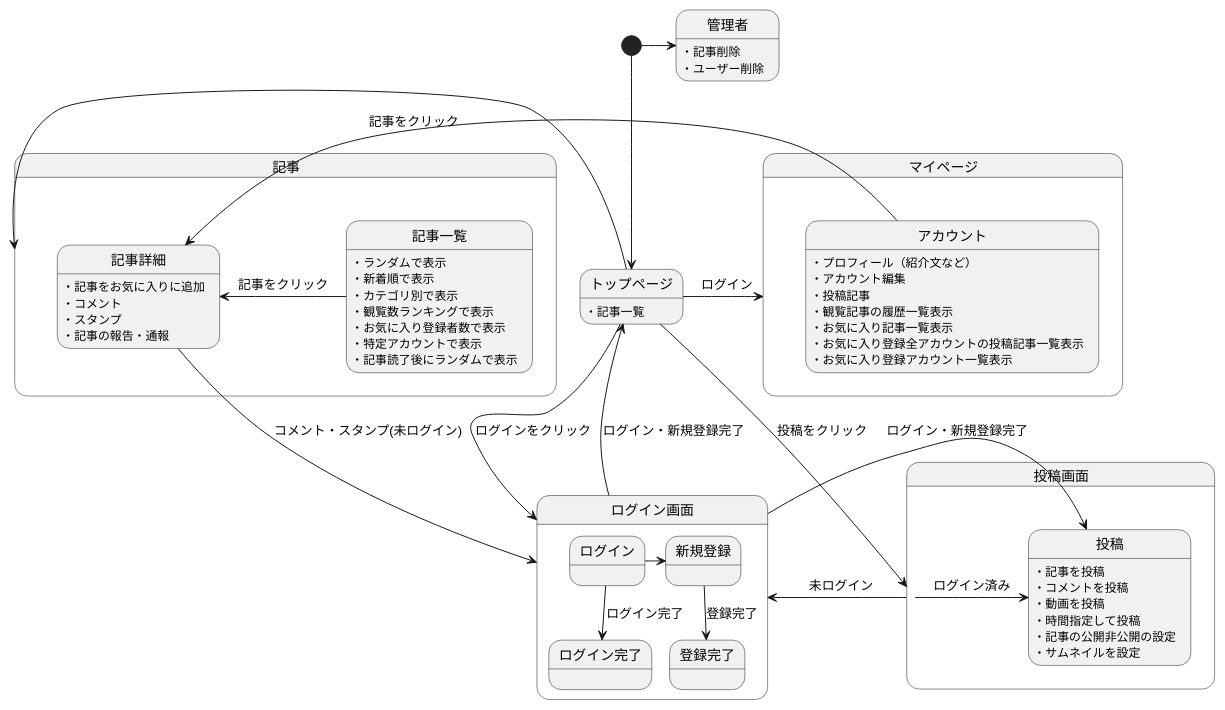
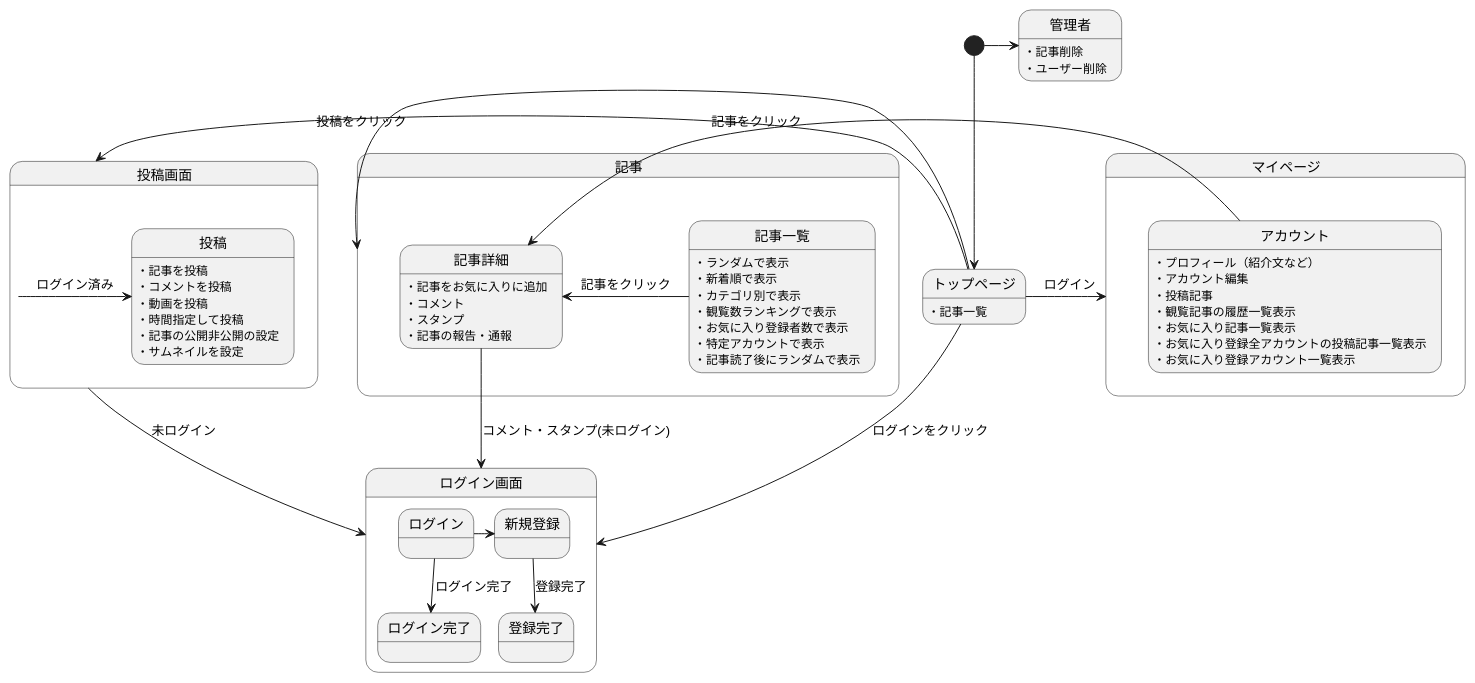
One commit to Aso2001001/2022System changed the diagram in 後期画面遷移.md. Above: the diagram before and after it, drawn with PlantUML.

````diff
--- a/後期画面遷移.md
+++ b/後期画面遷移.md
@@ -1,76 +1,74 @@
 ```uml
 @startuml
 [*] --> トップページ
 
 
 トップページ -> 記事
 トップページ -left-> マイページ :ログイン
 トップページ -> 投稿画面 : 投稿をクリック
 
 トップページ:・記事一覧
 
 トップページ -down-> ログイン画面 : ログインをクリック
 
-ログイン画面 -> トップページ : ログイン・新規登録完了
 
 state ログイン画面{
 ログイン -> 新規登録
 ログイン -down-> ログイン完了 : ログイン完了
 新規登録 -down-> 登録完了 : 登録完了
 }
 
 state 記事{
 記事一覧 -left-> 記事詳細 : 記事をクリック
 記事詳細 -> ログイン画面 :コメント・スタンプ(未ログイン)
 
 記事一覧:・ランダムで表示
 記事一覧:・新着順で表示
 記事一覧:・カテゴリ別で表示
 記事一覧:・観覧数ランキングで表示
 記事一覧:・お気に入り登録者数で表示
 記事一覧:・特定アカウントで表示
 記事一覧:・記事読了後にランダムで表示
 
 記事詳細:・記事をお気に入りに追加
 記事詳細:・コメント
 記事詳細:・スタンプ
 記事詳細:・記事の報告・通報
 
 }
 
 state 投稿画面{
 投稿画面 -> ログイン画面 : 未ログイン
 投稿画面 -> 投稿 : ログイン済み
-ログイン画面 -> 投稿 :ログイン・新規登録完了
 
 投稿:・記事を投稿
 投稿:・コメントを投稿
 投稿:・動画を投稿
 投稿:・時間指定して投稿
 投稿:・記事の公開非公開の設定
 投稿:・サムネイルを設定
 
 }
 
 state マイページ{
 
 アカウント -> 記事詳細 : 記事をクリック
 
 アカウント:・プロフィール（紹介文など）
 アカウント:・アカウント編集
 アカウント:・投稿記事
 アカウント:・観覧記事の履歴一覧表示
 アカウント:・お気に入り記事一覧表示
 アカウント:・お気に入り登録全アカウントの投稿記事一覧表示
 アカウント:・お気に入り登録アカウント一覧表示
 
 }
 
 
 [*] -right-> 管理者
 管理者:・記事削除
 管理者:・ユーザー削除
 
 
 @enduml
 ```
````
